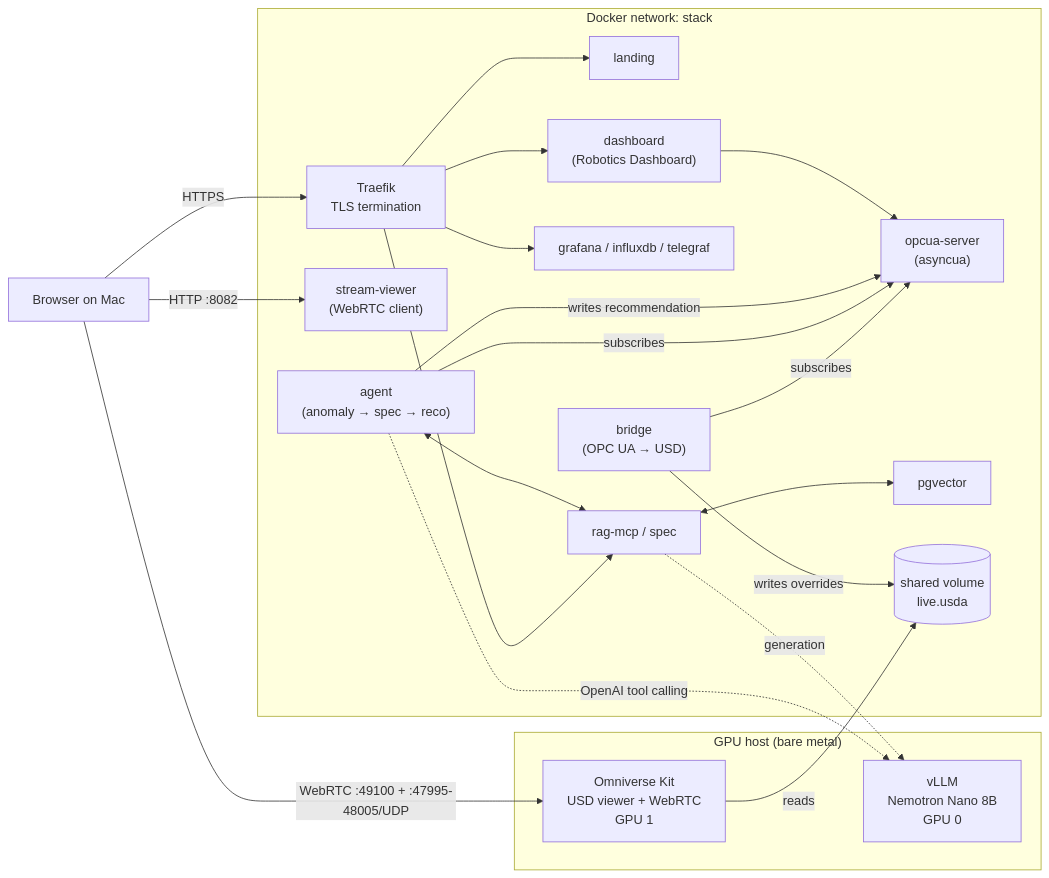
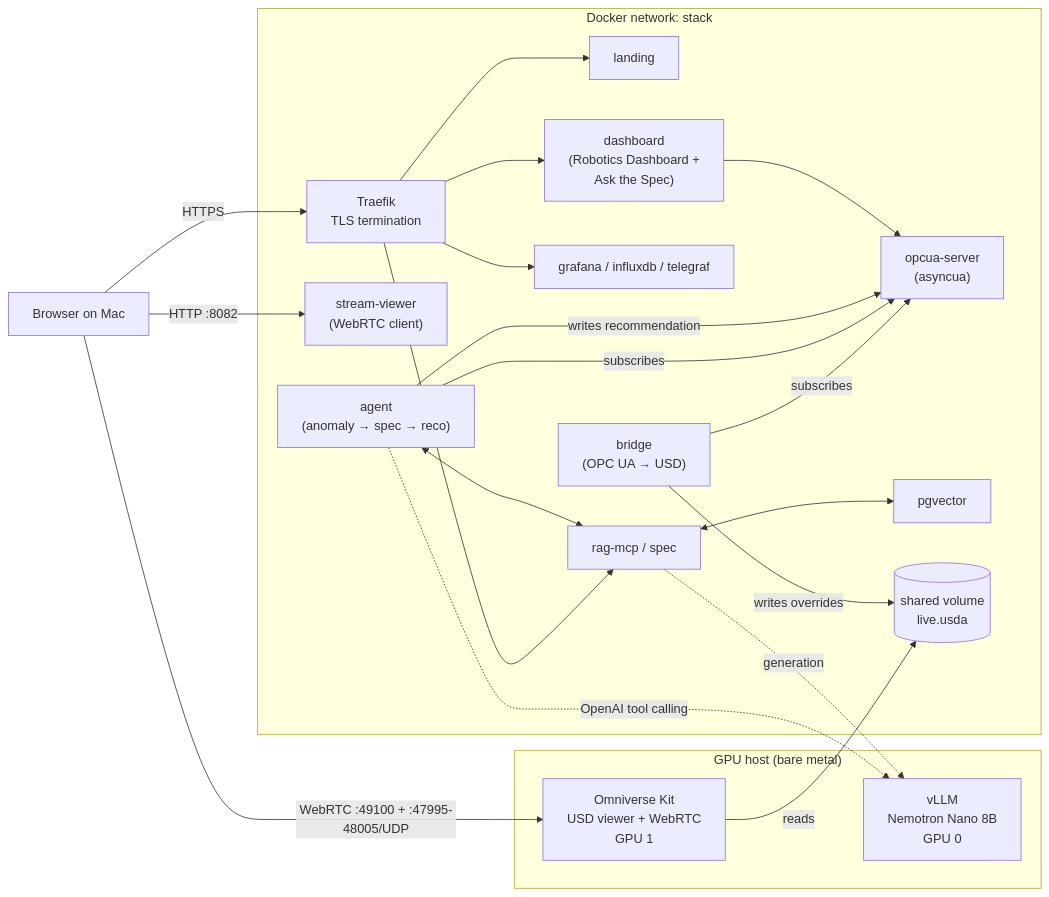
The first of 2 diagrams in OPCUA-OpenUSD/README.md (DittmannAxel/my_experiments), drawn with Mermaid before and after one commit. The commit also changed other lines of this file and 18 other files, not shown here.

````diff
--- a/OPCUA-OpenUSD/README.md
+++ b/OPCUA-OpenUSD/README.md
@@ -11,44 +11,44 @@
 ```mermaid
 flowchart LR
     Browser["Browser on Mac"]
 
     subgraph Host["GPU host (bare metal)"]
         vLLM["vLLM<br/>Nemotron Nano 8B<br/>GPU 0"]
         Kit["Omniverse Kit<br/>USD viewer + WebRTC<br/>GPU 1"]
     end
 
     subgraph Stack["Docker network: stack"]
         Traefik["Traefik<br/>TLS termination"]
         Landing["landing"]
-        Dashboard["dashboard<br/>(Robotics Dashboard)"]
+        Dashboard["dashboard<br/>(Robotics Dashboard +<br/>Ask the Spec)"]
         StreamView["stream-viewer<br/>(WebRTC client)"]
         Grafana["grafana / influxdb / telegraf"]
         RAG["rag-mcp / spec"]
         OPCUA["opcua-server<br/>(asyncua)"]
         Bridge["bridge<br/>(OPC UA → USD)"]
         Agent["agent<br/>(anomaly → spec → reco)"]
         PG["pgvector"]
         Vol[("shared volume<br/>live.usda")]
     end
 
     Browser -->|HTTPS| Traefik
     Browser -->|HTTP :8082| StreamView
     Browser -->|WebRTC :49100 + :47995-48005/UDP| Kit
     Traefik --> Landing
     Traefik --> Dashboard
     Traefik --> Grafana
     Traefik --> RAG
 
     Bridge -->|subscribes| OPCUA
     Bridge -->|writes overrides| Vol
     Kit -->|reads| Vol
 
     Agent -->|subscribes| OPCUA
     Agent -->|writes recommendation| OPCUA
     Agent <--> RAG
     RAG <--> PG
     Agent -.->|OpenAI tool calling| vLLM
     RAG -.->|generation| vLLM
 
     Dashboard --> OPCUA
 ```
````
